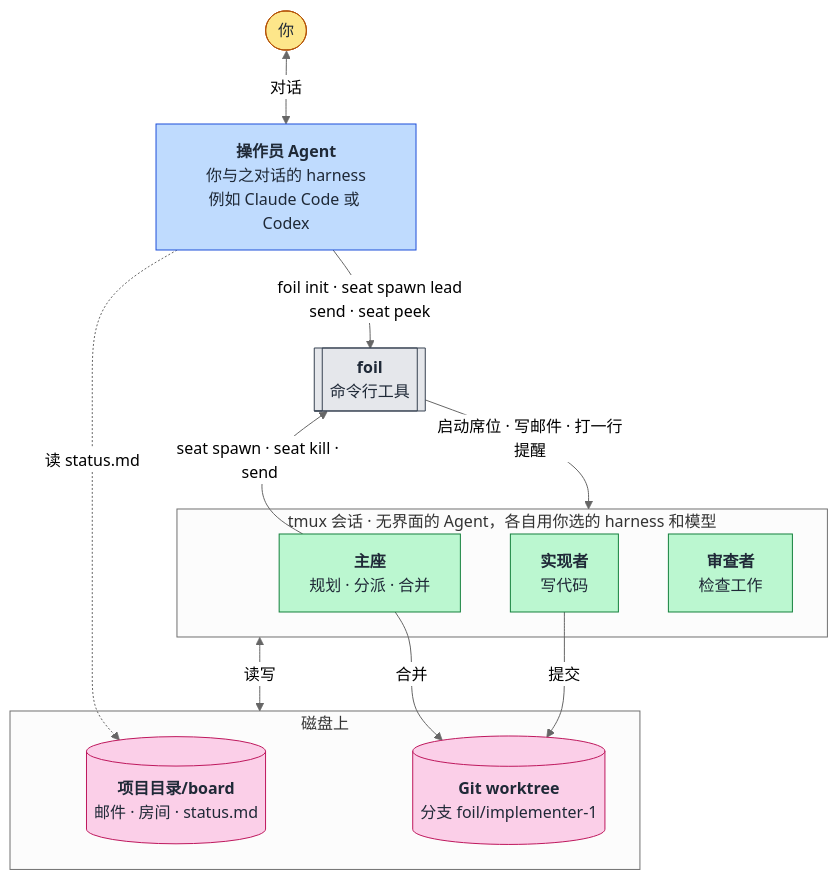
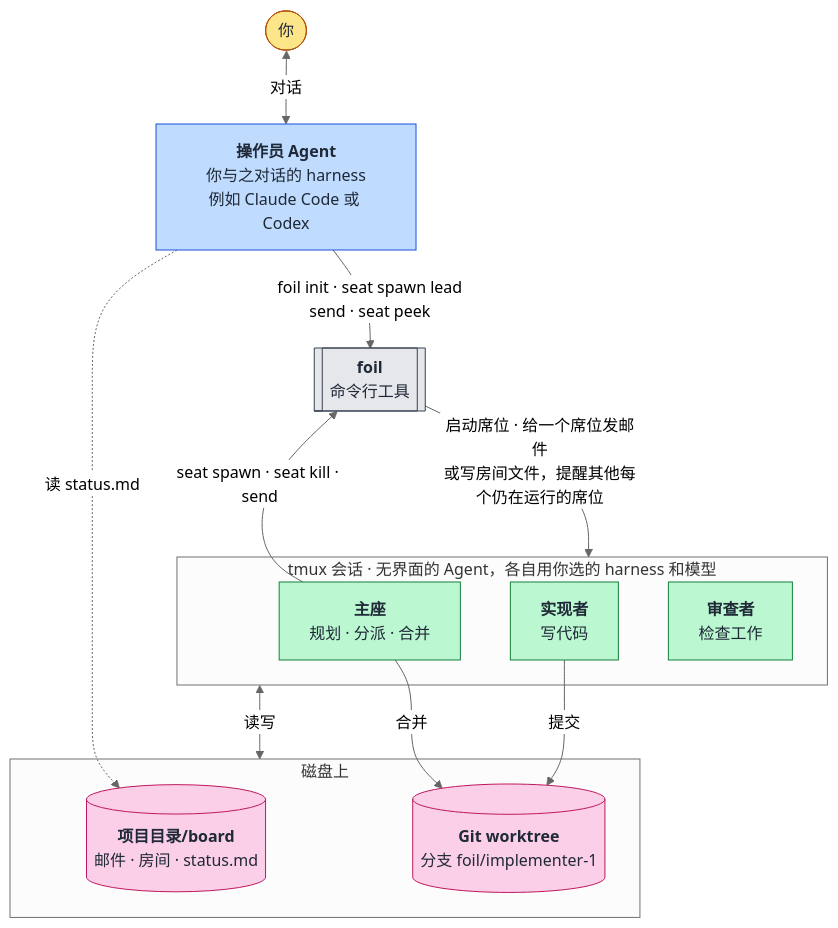
The diagram in README.zh-CN.md (TiantianFlow/foil), drawn with Mermaid (neutral theme) before and after one commit. The commit also changed other lines of this file and 4 other files, not shown here.

````diff
--- a/README.zh-CN.md
+++ b/README.zh-CN.md
@@ -36,37 +36,37 @@
 ```mermaid
 flowchart TB
   you(["你"])
   operator["<b>操作员 Agent</b><br/>你与之对话的 harness<br/>例如 Claude Code 或 Codex"]
   foil[["<b>foil</b><br/>命令行工具"]]
 
   subgraph fleet["tmux 会话 · 无界面的 Agent，各自用你选的 harness 和模型"]
     lead["<b>主座</b><br/>规划 · 分派 · 合并"]
     impl["<b>实现者</b><br/>写代码"]
     rev["<b>审查者</b><br/>检查工作"]
   end
 
   subgraph disk["磁盘上"]
     board[("<b>项目目录/board</b><br/>邮件 · 房间 · status.md")]
     tree[("<b>Git worktree</b><br/>分支 foil/implementer-1")]
   end
 
   you <-->|对话| operator
   operator -->|"foil init · seat spawn lead<br/>send · seat peek"| foil
   lead -->|"seat spawn · seat kill · send"| foil
-  foil -->|"启动席位 · 写邮件 · 打一行提醒"| fleet
+  foil -->|"启动席位 · 给一个席位发邮件<br/>或写房间文件，提醒其他每个仍在运行的席位"| fleet
   fleet <-->|读写| disk
   impl -->|提交| tree
   lead -->|合并| tree
   operator -.->|读 status.md| board
 
   classDef human fill:#fde68a,stroke:#b45309,color:#1f2937
   classDef yours fill:#bfdbfe,stroke:#1d4ed8,color:#1f2937
   classDef tool fill:#e5e7eb,stroke:#374151,color:#1f2937
   classDef seat fill:#bbf7d0,stroke:#15803d,color:#1f2937
   classDef data fill:#fbcfe8,stroke:#be185d,color:#1f2937
   class you human
   class operator yours
   class foil tool
   class lead,impl,rev seat
   class board,tree data
 ```
````
